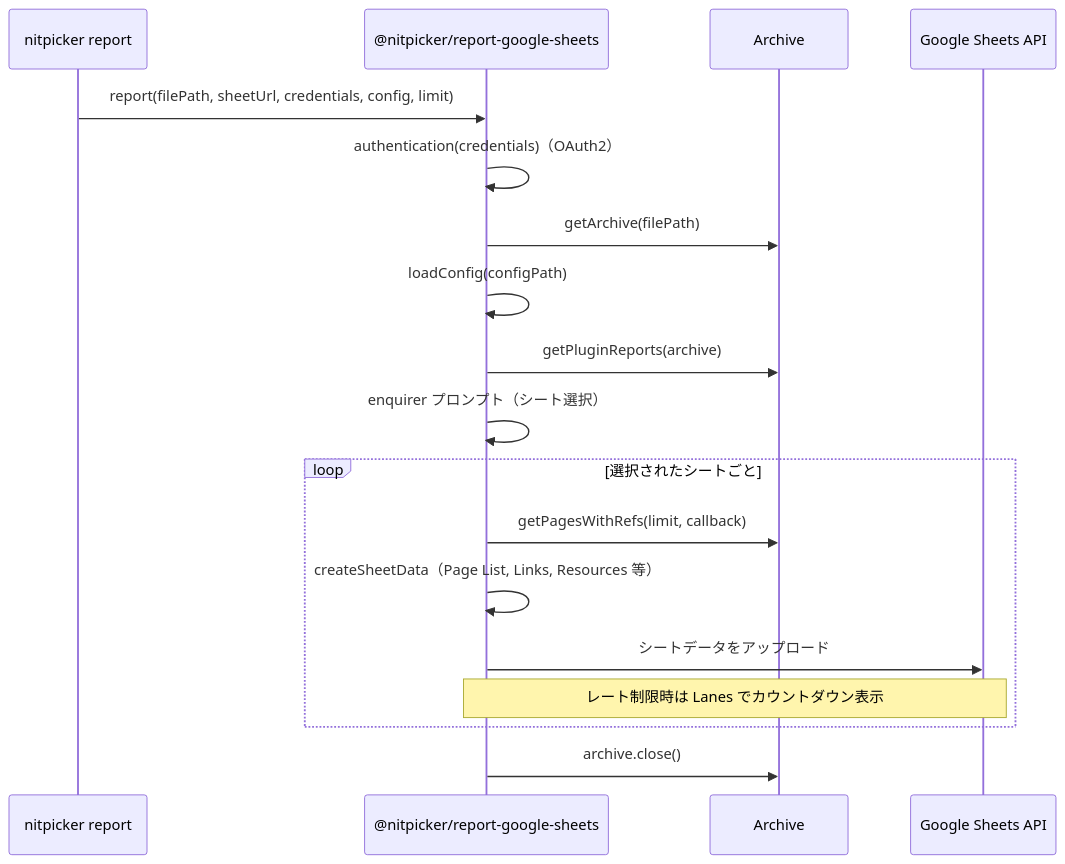
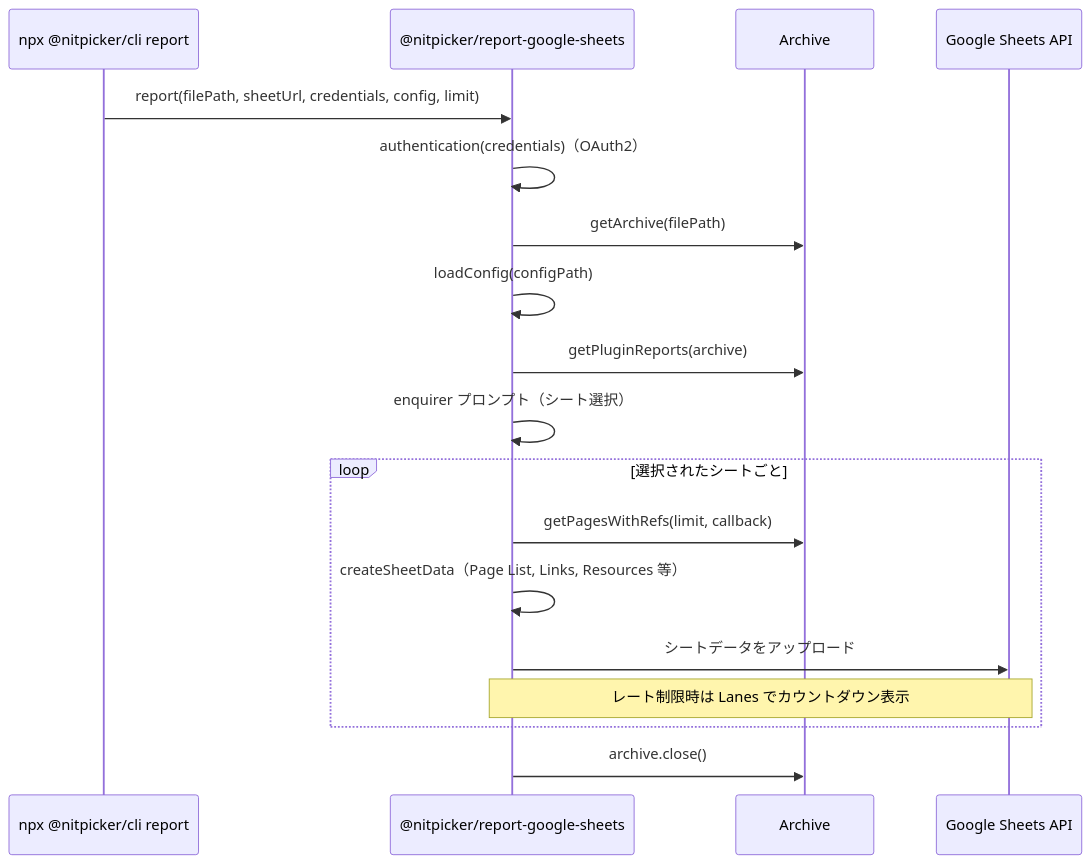
The third of 4 diagrams in ARCHITECTURE.md (d-zero-dev/nitpicker), drawn with Mermaid before and after one commit. The commit also changed other lines of this file and 4 other files, not shown here.

Commit message:
docs(repo): unify CLI usage to npx @nitpicker/cli across all documentation

````diff
--- a/ARCHITECTURE.md
+++ b/ARCHITECTURE.md
@@ -415,23 +415,23 @@
 ```mermaid
 sequenceDiagram
-    participant CLI as nitpicker report
+    participant CLI as npx @nitpicker/cli report
     participant GS as @nitpicker/report-google-sheets
     participant Archive as Archive
     participant Sheets as Google Sheets API
 
     CLI->>GS: report(filePath, sheetUrl, credentials, config, limit)
     GS->>GS: authentication(credentials)（OAuth2）
     GS->>Archive: getArchive(filePath)
     GS->>GS: loadConfig(configPath)
     GS->>Archive: getPluginReports(archive)
     GS->>GS: enquirer プロンプト（シート選択）
 
     loop 選択されたシートごと
         GS->>Archive: getPagesWithRefs(limit, callback)
         GS->>GS: createSheetData（Page List, Links, Resources 等）
         GS->>Sheets: シートデータをアップロード
         Note over GS,Sheets: レート制限時は Lanes でカウントダウン表示
     end
 
     GS->>Archive: archive.close()
 ```
````
